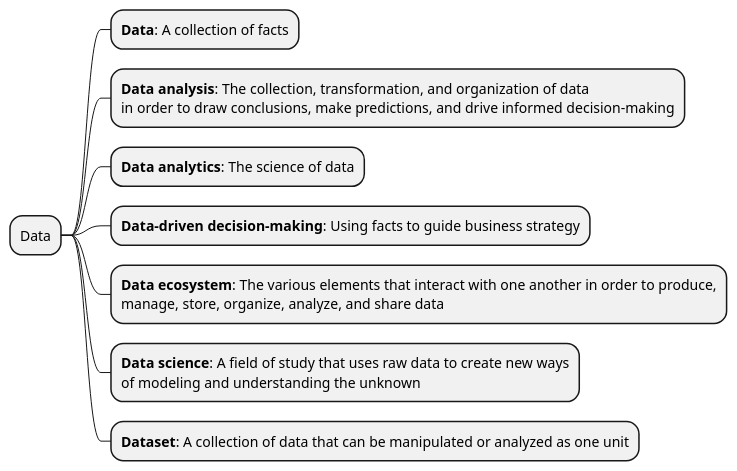
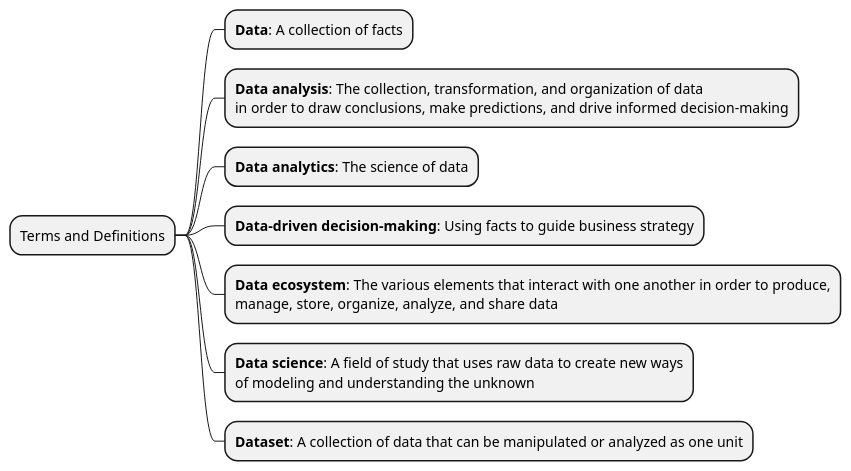
Before and after one commit to sylocftu/github-drive: the diagram in Week1_4_1_Terms and definitions.pu, drawn with PlantUML. The commit also changed 1 other file, not shown here.

```diff
--- a/Week1_4_1_Terms and definitions.pu
+++ b/Week1_4_1_Terms and definitions.pu
@@ -1,13 +1,13 @@
 @startmindmap
-* Data
+* Terms and Definitions
 ** **Data**: A collection of facts
 **:**Data analysis**: The collection, transformation, and organization of data 
 in order to draw conclusions, make predictions, and drive informed decision-making;
 ** **Data analytics**: The science of data
 ** **Data-driven decision-making**: Using facts to guide business strategy
 **:**Data ecosystem**: The various elements that interact with one another in order to produce,
 manage, store, organize, analyze, and share data;
 **:**Data science**: A field of study that uses raw data to create new ways
 of modeling and understanding the unknown;
 ** **Dataset**: A collection of data that can be manipulated or analyzed as one unit
-@endmindmap 
+@endmindmap  
```
